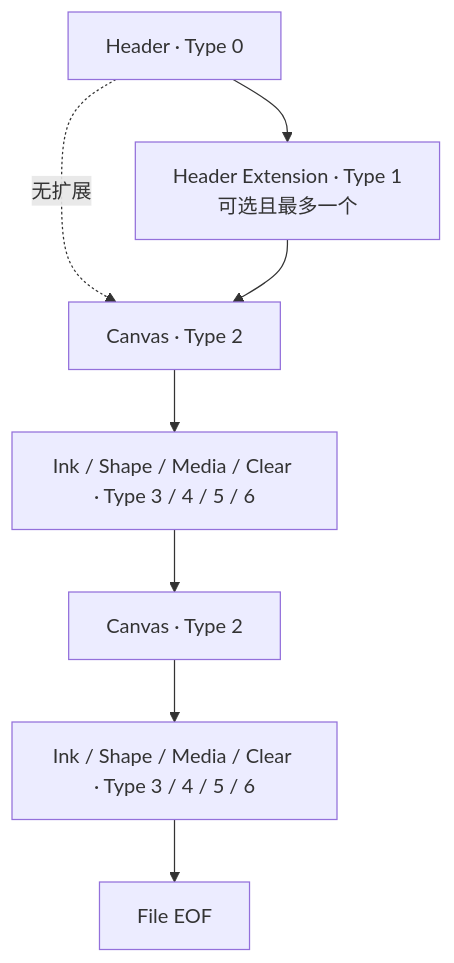
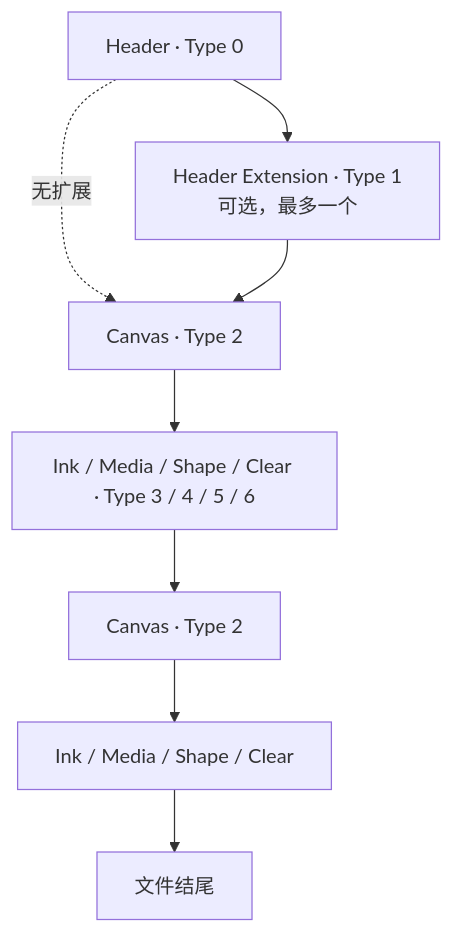
Before and after one commit to Alan-CRL/inkeys.top: the diagram in docs/standard/file/main.md, drawn with Mermaid. The commit also changed other lines of this file and 22 other files, not shown here.

````diff
--- a/docs/standard/file/main.md
+++ b/docs/standard/file/main.md
@@ -9,10 +17,10 @@
 ```mermaid
 flowchart TB
-  H["Header · Type 0"] --> HE["Header Extension · Type 1<br/>可选且最多一个"]
+  H["Header · Type 0"] --> HE["Header Extension · Type 1<br/>可选，最多一个"]
   H -. "无扩展" .-> C1
   HE --> C1["Canvas · Type 2"]
-  C1 --> B1["Ink / Shape / Media / Clear · Type 3 / 4 / 5 / 6"]
+  C1 --> B1["Ink / Media / Shape / Clear · Type 3 / 4 / 5 / 6"]
   B1 --> C2["Canvas · Type 2"]
-  C2 --> B2["Ink / Shape / Media / Clear · Type 3 / 4 / 5 / 6"]
-  B2 --> EOF["File EOF"]
+  C2 --> B2["Ink / Media / Shape / Clear"]
+  B2 --> EOF["文件结尾"]
 ```
````
